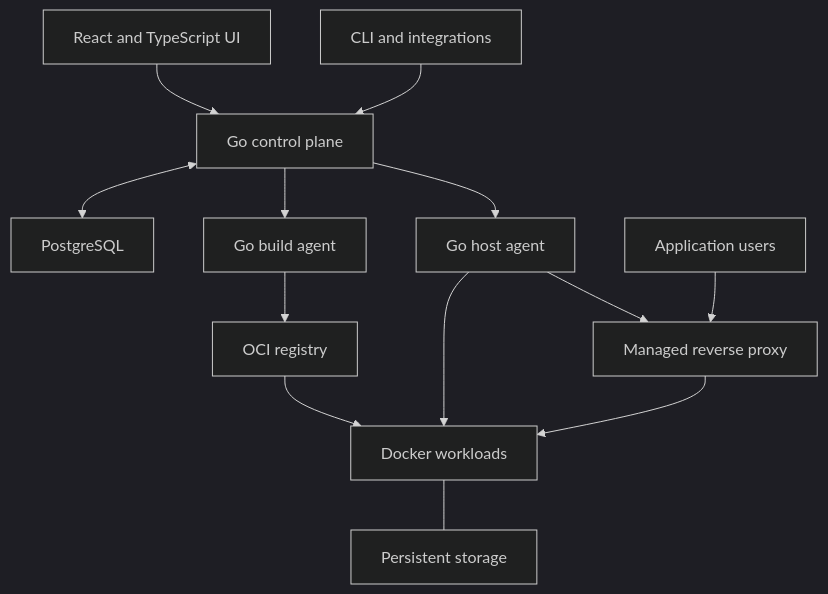
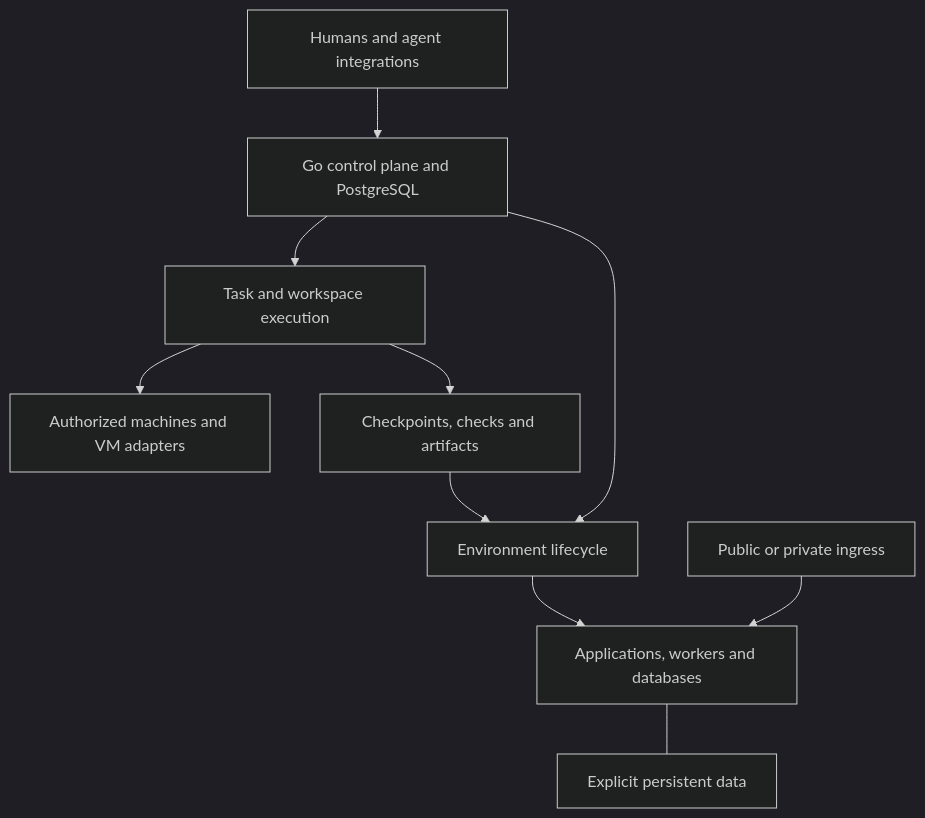
The diagram in docs/product-spec.md (edgefloor/NeroCD), drawn with Mermaid (dark theme) before and after one commit. The commit also changed other lines of this file and 6 other files, not shown here.

Commit message:
docs(product): adopt the workspace specification and current evidence

````diff
--- a/docs/product-spec.md
+++ b/docs/product-spec.md
@@ -131,15 +168,12 @@
 ```mermaid
 flowchart TB
-    UI["React and TypeScript UI"] --> API["Go control plane"]
-    Clients["CLI and integrations"] --> API
-    API <--> DB["PostgreSQL"]
-    API --> Build["Go build agent"]
-    API --> Host["Go host agent"]
-    Build --> Registry["OCI registry"]
-    Registry --> Runtime["Docker workloads"]
-    Host --> Runtime
-    Host --> Proxy["Managed reverse proxy"]
-    Visitors["Application users"] --> Proxy
-    Proxy --> Runtime
-    Runtime --- Storage["Persistent storage"]
+    Clients["Humans and agent integrations"] --> Control["Go control plane and PostgreSQL"]
+    Control --> Work["Task and workspace execution"]
+    Control --> Env["Environment lifecycle"]
+    Work --> Machines["Authorized machines and VM adapters"]
+    Work --> Evidence["Checkpoints, checks and artifacts"]
+    Evidence --> Env
+    Env --> Guests["Applications, workers and databases"]
+    Gateway["Public or private ingress"] --> Guests
+    Guests --- Volumes["Explicit persistent data"]
 ```
````
